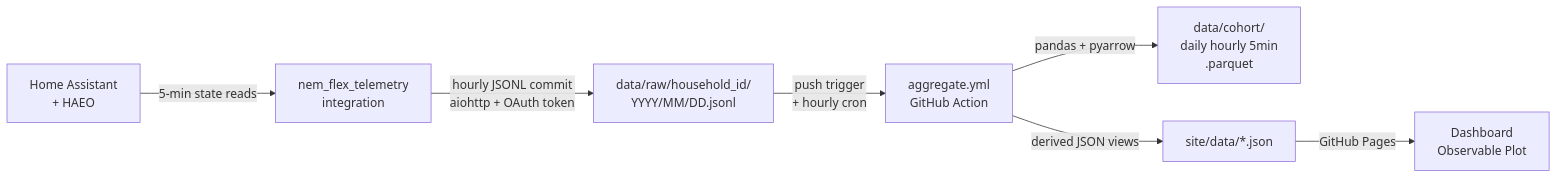
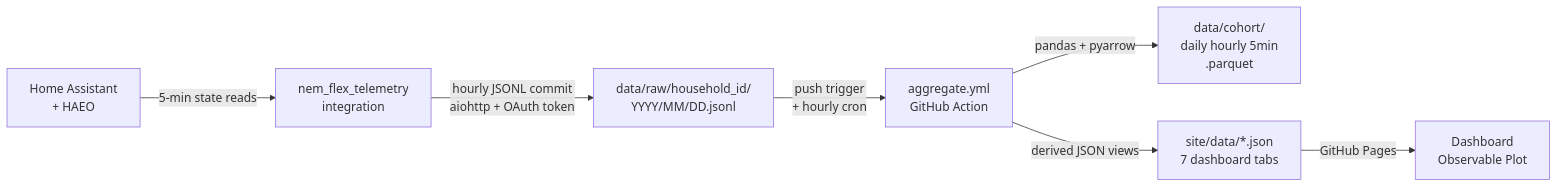
Before and after one commit to purcell-lab/nem-flex-telemetry: the diagram in README.md, drawn with Mermaid. The commit also changed other lines of this file and 18 other files, not shown here.

````diff
--- a/README.md
+++ b/README.md
@@ -83,9 +109,9 @@
 ```mermaid
 graph LR
     HA[Home Assistant\n+ HAEO] -->|5-min state reads| INT[nem_flex_telemetry\nintegration]
     INT -->|hourly JSONL commit\naiohttp + OAuth token| RAW[data/raw/household_id/\nYYYY/MM/DD.jsonl]
     RAW -->|push trigger\n+ hourly cron| AGG[aggregate.yml\nGitHub Action]
     AGG -->|pandas + pyarrow| PAR[data/cohort/\ndaily hourly 5min\n.parquet]
-    AGG -->|derived JSON views| SITEDATA[site/data/*.json]
+    AGG -->|derived JSON views| SITEDATA[site/data/*.json\n7 dashboard tabs]
     SITEDATA -->|GitHub Pages| DASH[Dashboard\nObservable Plot]
 ```
````
